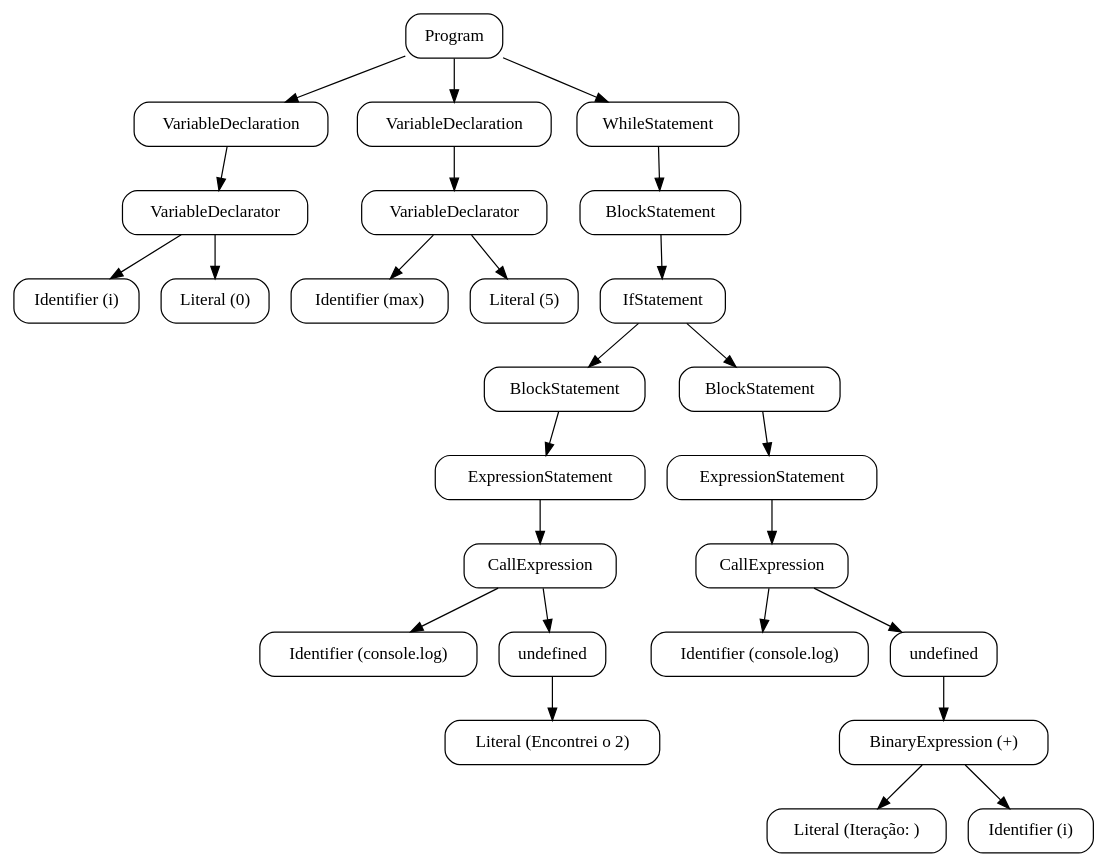
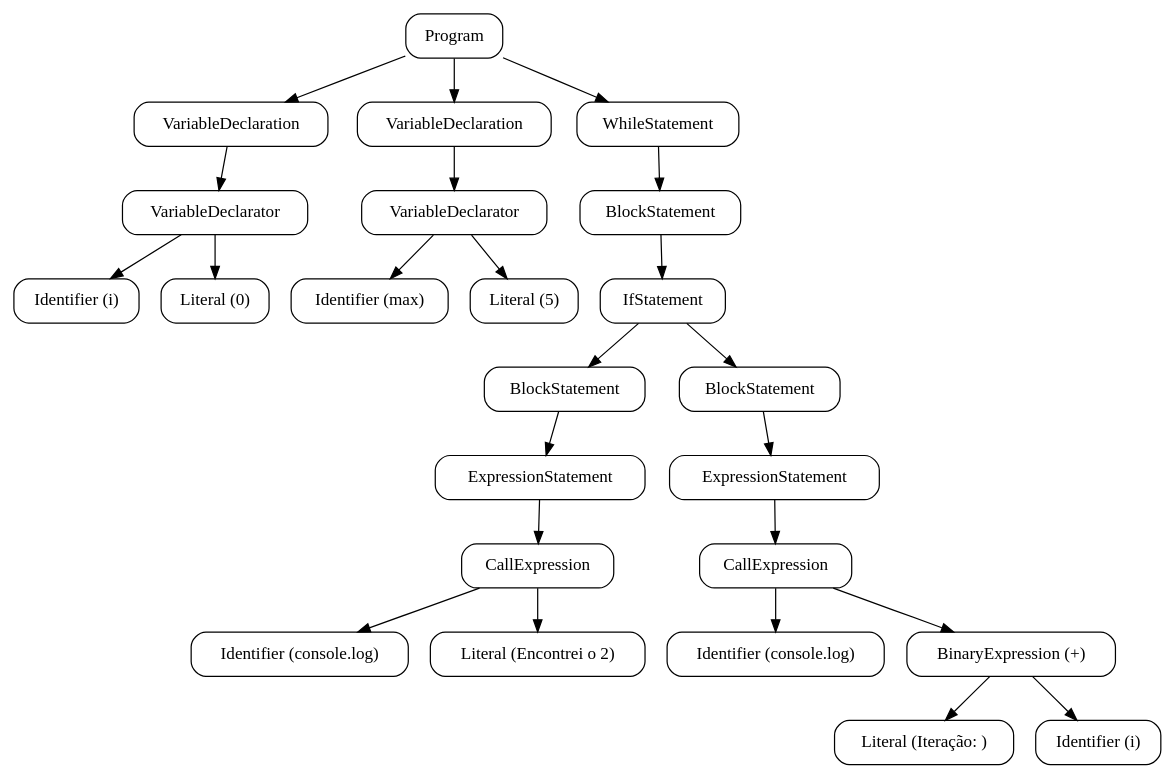
One commit to lorena-strobel/NovaScript changed the diagram in output/teste_completo.ast.dot. Above: the diagram before and after it, drawn with Graphviz. The commit also changed 12 other files, not shown here.

```diff
--- a/output/teste_completo.ast.dot
+++ b/output/teste_completo.ast.dot
@@ -1,54 +1,50 @@
 digraph AST {
   node [shape=box, style="rounded"];
   0 [label="Program"];
   1 [label="VariableDeclaration"];
   0 -> 1;
   2 [label="VariableDeclarator"];
   1 -> 2;
   3 [label="Identifier (i)"];
   2 -> 3;
   4 [label="Literal (0)"];
   2 -> 4;
   5 [label="VariableDeclaration"];
   0 -> 5;
   6 [label="VariableDeclarator"];
   5 -> 6;
   7 [label="Identifier (max)"];
   6 -> 7;
   8 [label="Literal (5)"];
   6 -> 8;
   9 [label="WhileStatement"];
   0 -> 9;
   10 [label="BlockStatement"];
   9 -> 10;
   11 [label="IfStatement"];
   10 -> 11;
   12 [label="BlockStatement"];
   11 -> 12;
   13 [label="ExpressionStatement"];
   12 -> 13;
   14 [label="CallExpression"];
   13 -> 14;
   15 [label="Identifier (console.log)"];
   14 -> 15;
-  16 [label="undefined"];
+  16 [label="Literal (Encontrei o 2)"];
   14 -> 16;
-  17 [label="Literal (Encontrei o 2)"];
-  16 -> 17;
-  18 [label="BlockStatement"];
-  11 -> 18;
-  19 [label="ExpressionStatement"];
+  17 [label="BlockStatement"];
+  11 -> 17;
+  18 [label="ExpressionStatement"];
+  17 -> 18;
+  19 [label="CallExpression"];
   18 -> 19;
-  20 [label="CallExpression"];
+  20 [label="Identifier (console.log)"];
   19 -> 20;
-  21 [label="Identifier (console.log)"];
-  20 -> 21;
-  22 [label="undefined"];
-  20 -> 22;
-  23 [label="BinaryExpression (+)"];
-  22 -> 23;
-  24 [label="Literal (Iteração: )"];
-  23 -> 24;
-  25 [label="Identifier (i)"];
-  23 -> 25;
+  21 [label="BinaryExpression (+)"];
+  19 -> 21;
+  22 [label="Literal (Iteração: )"];
+  21 -> 22;
+  23 [label="Identifier (i)"];
+  21 -> 23;
 }
```
